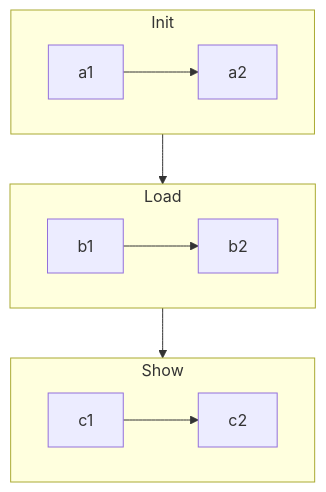
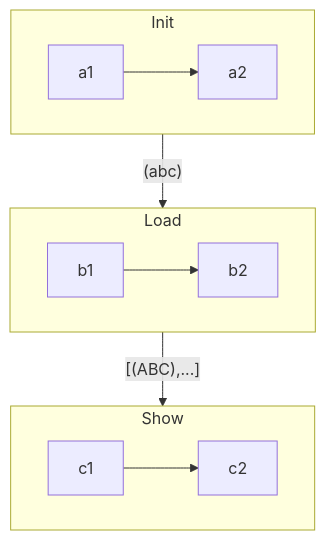
The first of 3 diagrams in README.md (Wilfongjt/lb-A), drawn with Mermaid before and after one commit.

````diff
--- a/README.md
+++ b/README.md
@@ -6,17 +6,17 @@
 ```mermaid
 flowchart TB
     
     subgraph Init
     a1-->a2
     end
     subgraph Load
     b1-->b2
     end
     subgraph Show
     c1-->c2
     end
-    Init --> Load
-    Load --> Show
+    Init --> |"(abc)"| Load
+    Load --> |"[(ABC),...]"| Show
     
     
 ```
````
